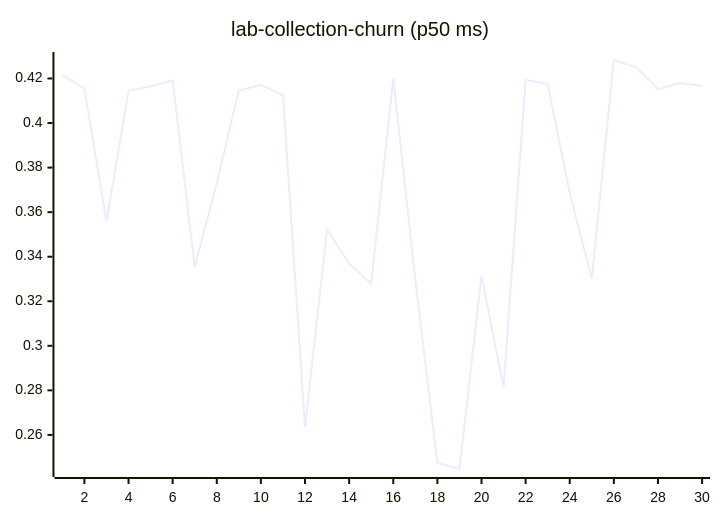
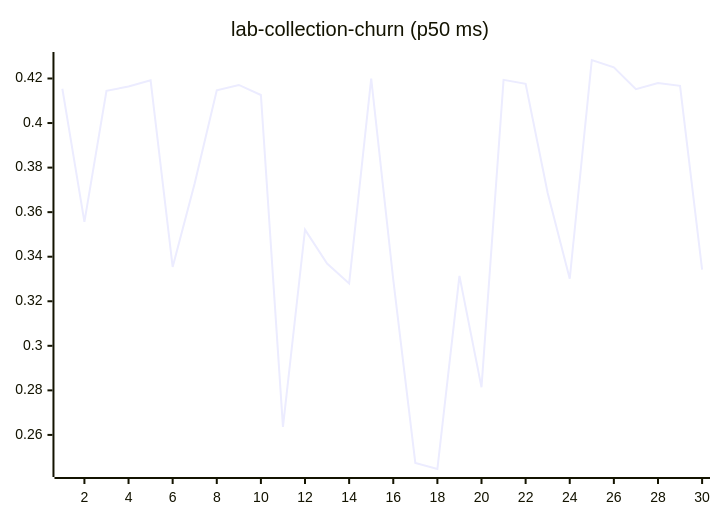
One commit to josha/Facet changed diagram 11 of 27 in README.md. Above: the diagram before and after it, drawn with Mermaid. The commit also changed other lines of this file and 2 other files, not shown here.

````diff
--- a/README.md
+++ b/README.md
@@ -133,6 +133,6 @@
 ```mermaid
 xychart-beta
     title "lab-collection-churn (p50 ms)"
     x-axis 1 --> 30
-    line [0.4216, 0.4154, 0.3556, 0.4145, 0.4164, 0.4192, 0.3354, 0.3730, 0.4147, 0.4171, 0.4126, 0.2636, 0.3521, 0.3369, 0.3280, 0.4200, 0.3297, 0.2474, 0.2447, 0.3314, 0.2814, 0.4194, 0.4176, 0.3686, 0.3301, 0.4283, 0.4250, 0.4152, 0.4180, 0.4167]
+    line [0.4154, 0.3556, 0.4145, 0.4164, 0.4192, 0.3354, 0.3730, 0.4147, 0.4171, 0.4126, 0.2636, 0.3521, 0.3369, 0.3280, 0.4200, 0.3297, 0.2474, 0.2447, 0.3314, 0.2814, 0.4194, 0.4176, 0.3686, 0.3301, 0.4283, 0.4250, 0.4152, 0.4180, 0.4167, 0.3342]
 ```
````
